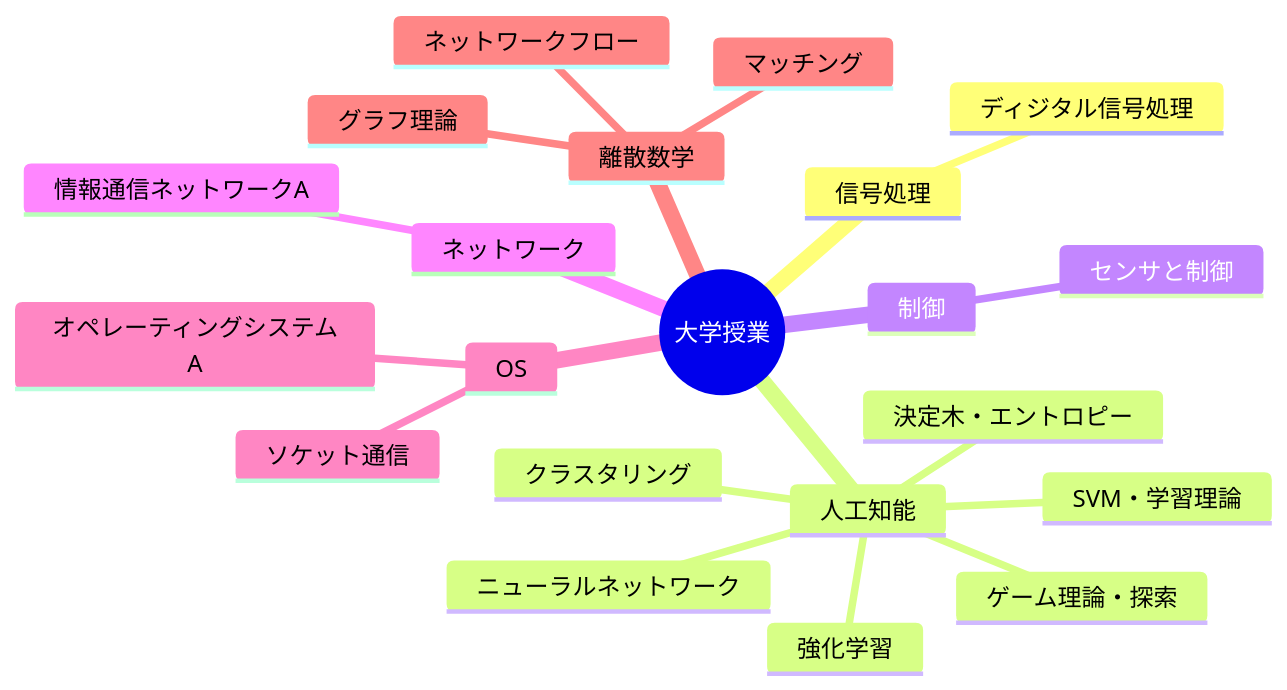
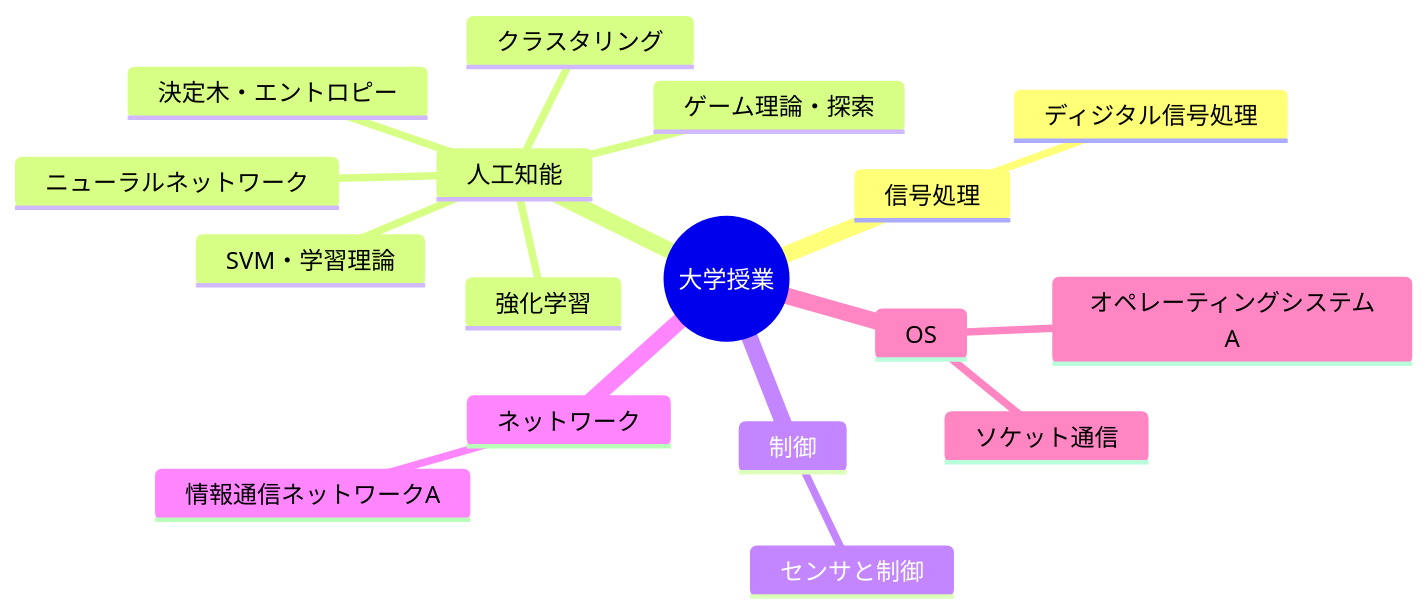
Before and after one commit to 97kuek/obsidian-vault: the diagram in 20_Areas/大学授業/【MOC】大学授業.md, drawn with Mermaid. The commit also changed other lines of this file and 34 other files, not shown here.

````diff
--- a/20_Areas/大学授業/【MOC】大学授業.md
+++ b/20_Areas/大学授業/【MOC】大学授業.md
@@ -14,24 +14,20 @@
 ```mermaid
 mindmap
   root(("大学授業"))
     信号処理
       ディジタル信号処理
     人工知能
       ゲーム理論・探索
       決定木・エントロピー
       強化学習
       クラスタリング
       ニューラルネットワーク
       SVM・学習理論
     制御
       センサと制御
     ネットワーク
       情報通信ネットワークA
     OS
       オペレーティングシステムA
       ソケット通信
-    離散数学
-      グラフ理論
-      ネットワークフロー
-      マッチング
 ```
````
